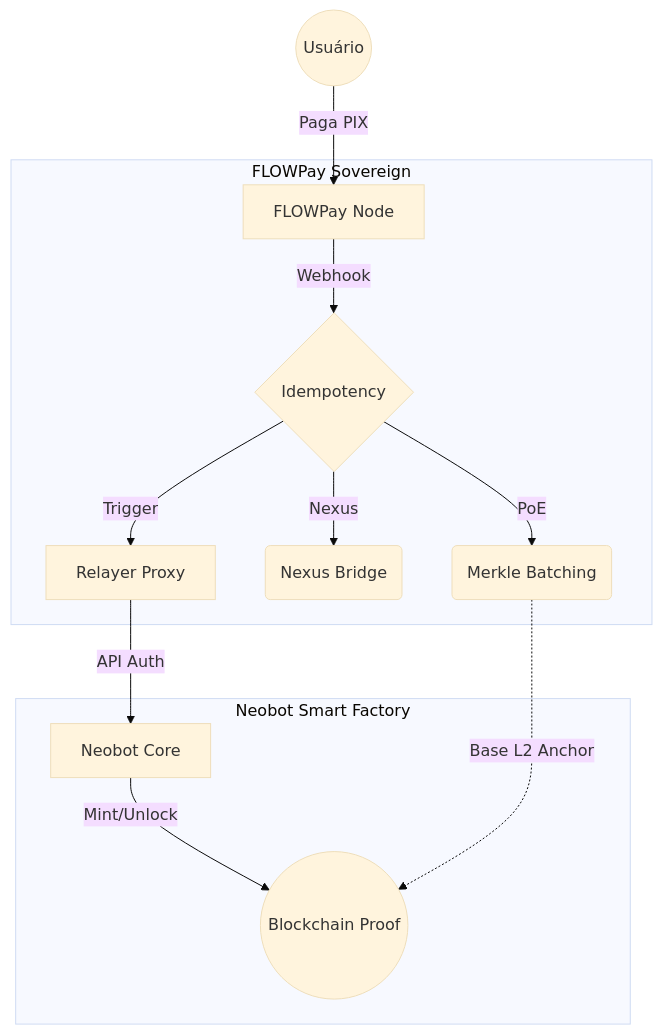
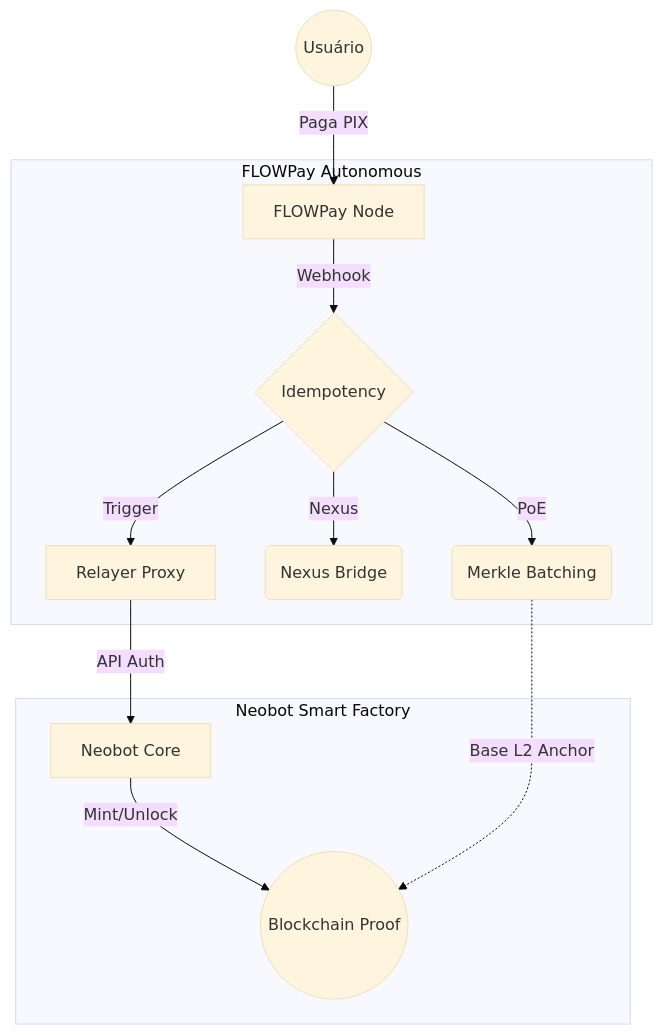
The diagram in README.md (flowpaycash/flowpay), drawn with Mermaid (base theme) before and after one commit. The commit also changed other lines of this file and 20 other files, not shown here.

Commit message:
refactor: rename mentions of Sovereign to Autonomous

````diff
--- a/README.md
+++ b/README.md
@@ -51,18 +51,18 @@
 ```mermaid
 graph TD
     User((Usuário)) -->|Paga PIX| FP[FLOWPay Node]
     
-    subgraph "FLOWPay Sovereign"
+    subgraph "FLOWPay Autonomous"
         FP -->|Webhook| ID{Idempotency}
         ID -->|PoE| PB(Merkle Batching)
         ID -->|Nexus| NB(Nexus Bridge)
         ID -->|Trigger| B[Relayer Proxy]
     end
 
     subgraph "Neobot Smart Factory"
         B -->|API Auth| NC[Neobot Core]
         NC -->|Mint/Unlock| BC((Blockchain Proof))
     end
 
     PB -.->|Base L2 Anchor| BC
 ```
````
